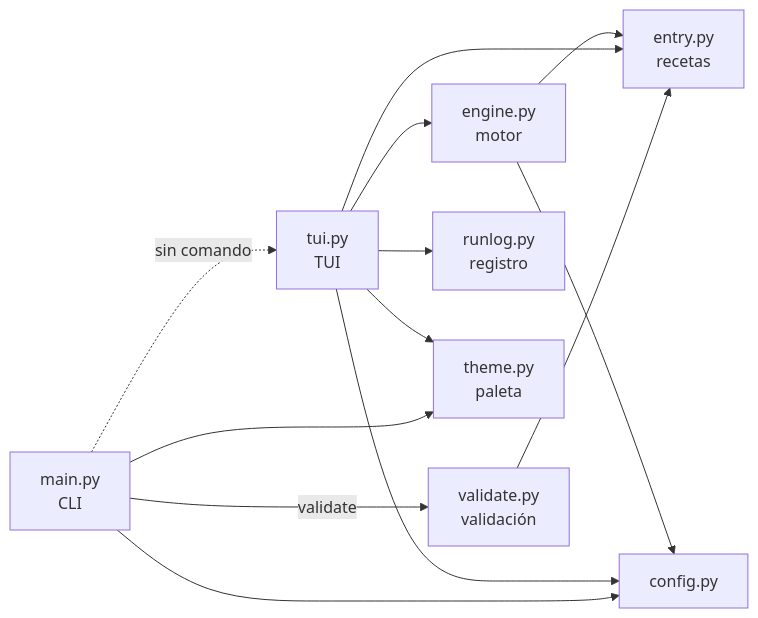
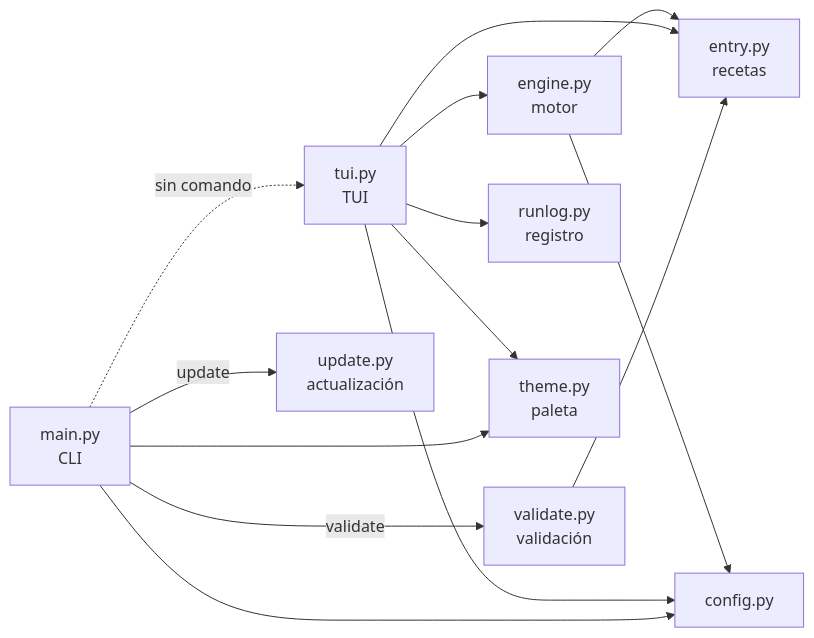
One commit to isidro-rodriguez/appforge changed the diagram in docs/desarrollo/arquitectura.md. Above: the diagram before and after it, drawn with Mermaid. The commit also changed other lines of this file and 23 other files, not shown here.

````diff
--- a/docs/desarrollo/arquitectura.md
+++ b/docs/desarrollo/arquitectura.md
@@ -5,12 +5,13 @@
 ```mermaid
 flowchart LR
     main[main.py<br/>CLI] -.->|sin comando| tui[tui.py<br/>TUI]
     main -->|validate| validate[validate.py<br/>validación]
+    main -->|update| update[update.py<br/>actualización]
     tui --> engine[engine.py<br/>motor]
     validate --> entry
     tui --> entry[entry.py<br/>recetas]
     engine --> entry
     main & tui & engine --> config[config.py]
     tui --> runlog[runlog.py<br/>registro]
     main & tui --> theme[theme.py<br/>paleta]
 ```
````
